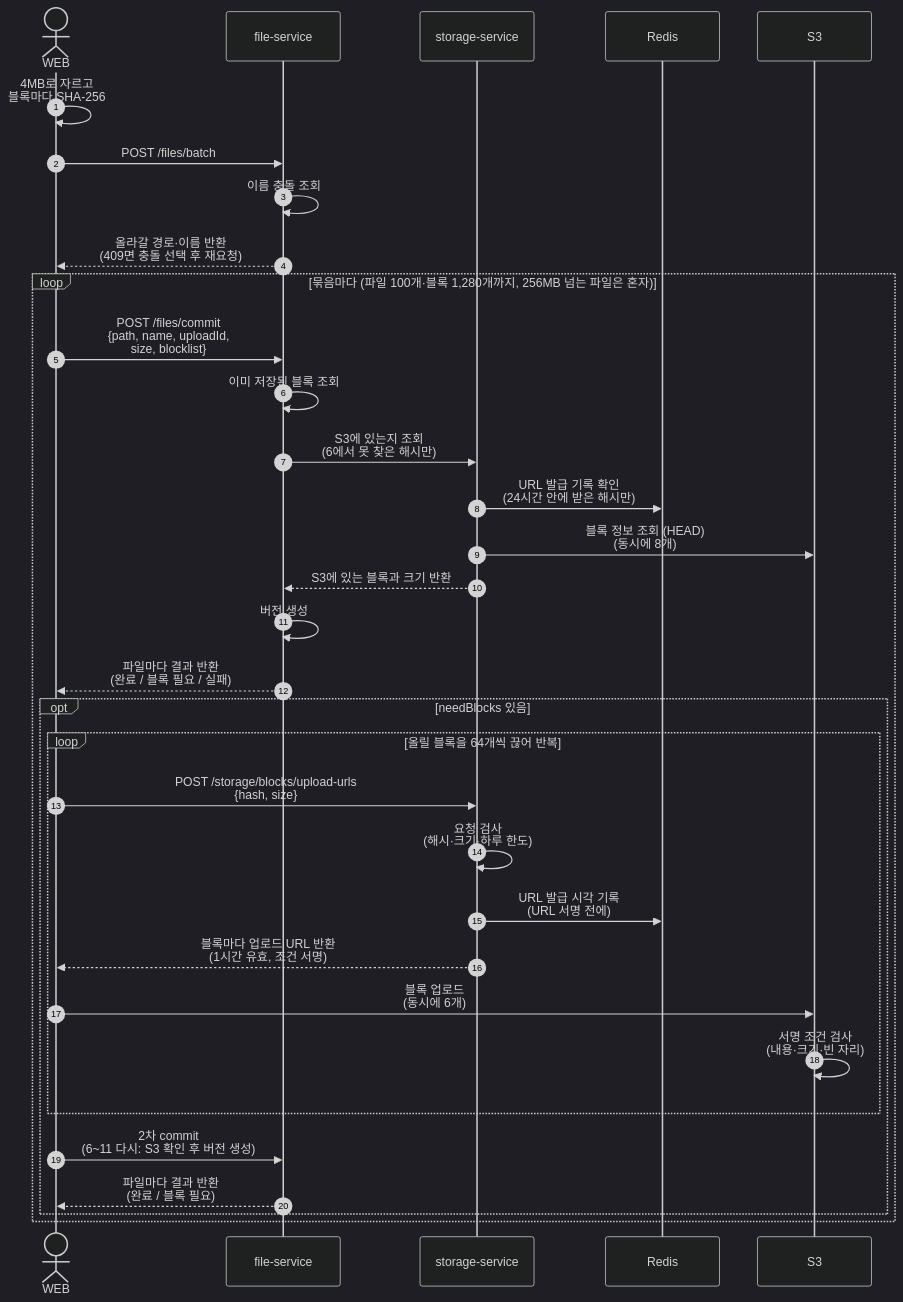
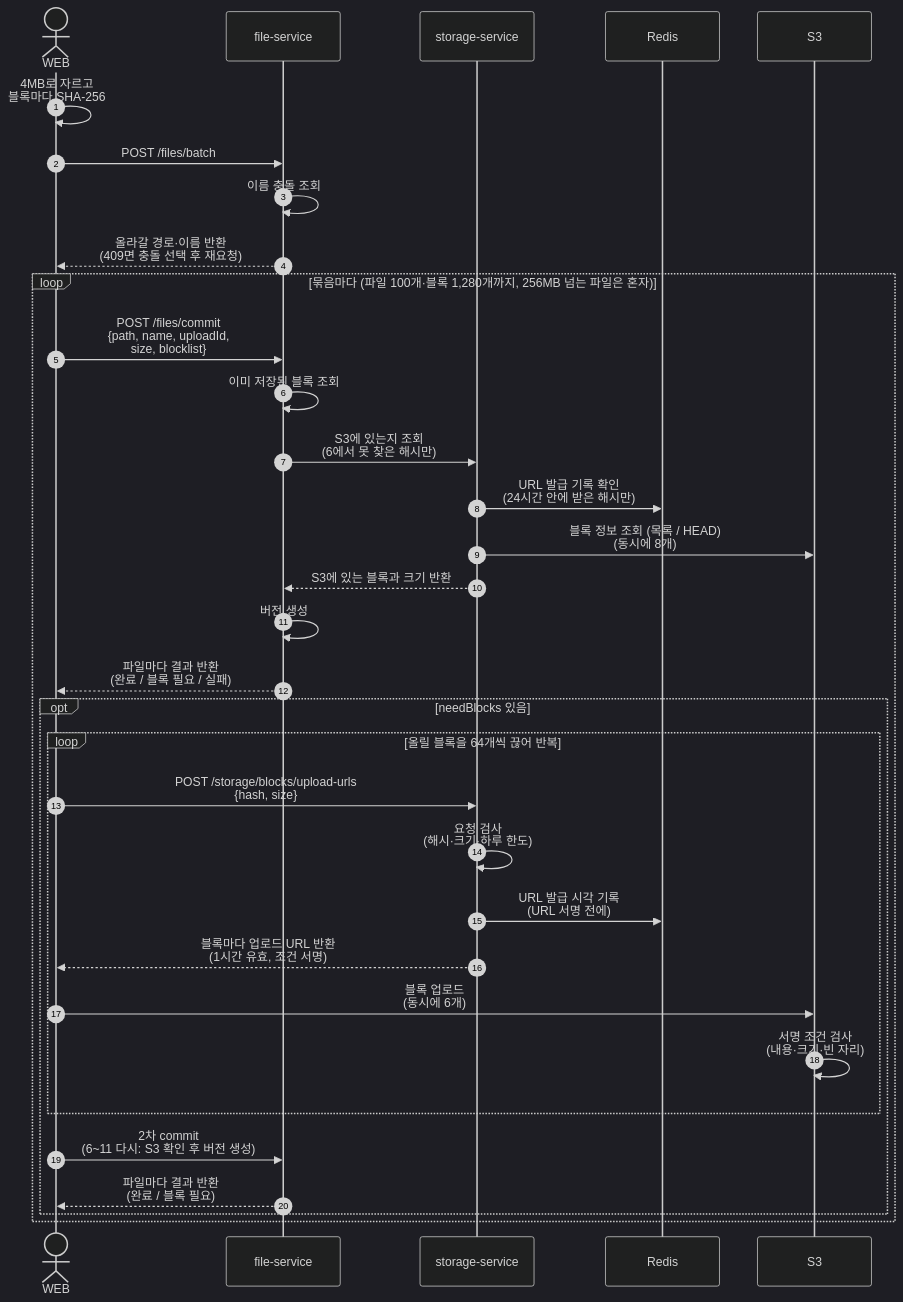
One commit to rivertw777/ModuDrive-API changed the first of 5 diagrams in .docs/spec/001-file-upload-spec.md. Above: the diagram before and after it, drawn with Mermaid (dark theme). The commit also changed other lines of this file and 1 other file, not shown here.

````diff
--- a/.docs/spec/001-file-upload-spec.md
+++ b/.docs/spec/001-file-upload-spec.md
@@ -45,38 +45,38 @@
 ```mermaid
 sequenceDiagram
     autonumber
     actor U as WEB
     participant F as file-service
     participant S as storage-service
     participant R as Redis
     participant S3 as S3
 
     U->>U: 4MB로 자르고<br/>블록마다 SHA-256
     U->>F: POST /files/batch
     F->>F: 이름 충돌 조회
     F-->>U: 올라갈 경로·이름 반환<br/>(409면 충돌 선택 후 재요청)
 
     loop 묶음마다 (파일 100개·블록 1,280개까지, 256MB 넘는 파일은 혼자)
         U->>F: POST /files/commit<br/>{path, name, uploadId,<br/>size, blocklist}
         F->>F: 이미 저장된 블록 조회
         F->>S: S3에 있는지 조회<br/>(6에서 못 찾은 해시만)
         S->>R: URL 발급 기록 확인<br/>(24시간 안에 받은 해시만)
-        S->>S3: 블록 정보 조회 (HEAD)<br/>(동시에 8개)
+        S->>S3: 블록 정보 조회 (목록 / HEAD)<br/>(동시에 8개)
         S-->>F: S3에 있는 블록과 크기 반환
         F->>F: 버전 생성
         F-->>U: 파일마다 결과 반환<br/>(완료 / 블록 필요 / 실패)
 
         opt needBlocks 있음
             loop 올릴 블록을 64개씩 끊어 반복
                 U->>S: POST /storage/blocks/upload-urls<br/>{hash, size}
                 S->>S: 요청 검사<br/>(해시·크기·하루 한도)
                 S->>R: URL 발급 시각 기록<br/>(URL 서명 전에)
                 S-->>U: 블록마다 업로드 URL 반환<br/>(1시간 유효, 조건 서명)
                 U->>S3: 블록 업로드<br/>(동시에 6개)
                 S3->>S3: 서명 조건 검사<br/>(내용·크기·빈 자리)
             end
             U->>F: 2차 commit<br/>(6~11 다시: S3 확인 후 버전 생성)
             F-->>U: 파일마다 결과 반환<br/>(완료 / 블록 필요)
         end
     end
 ```
````
